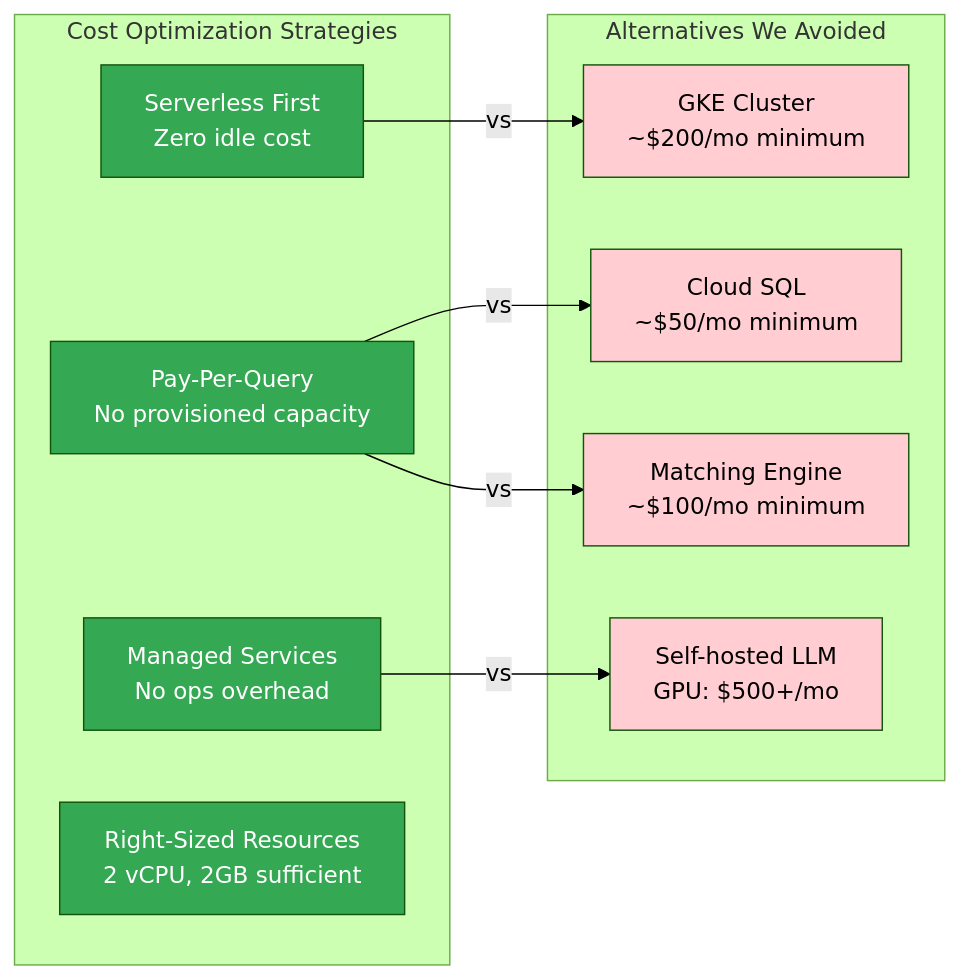
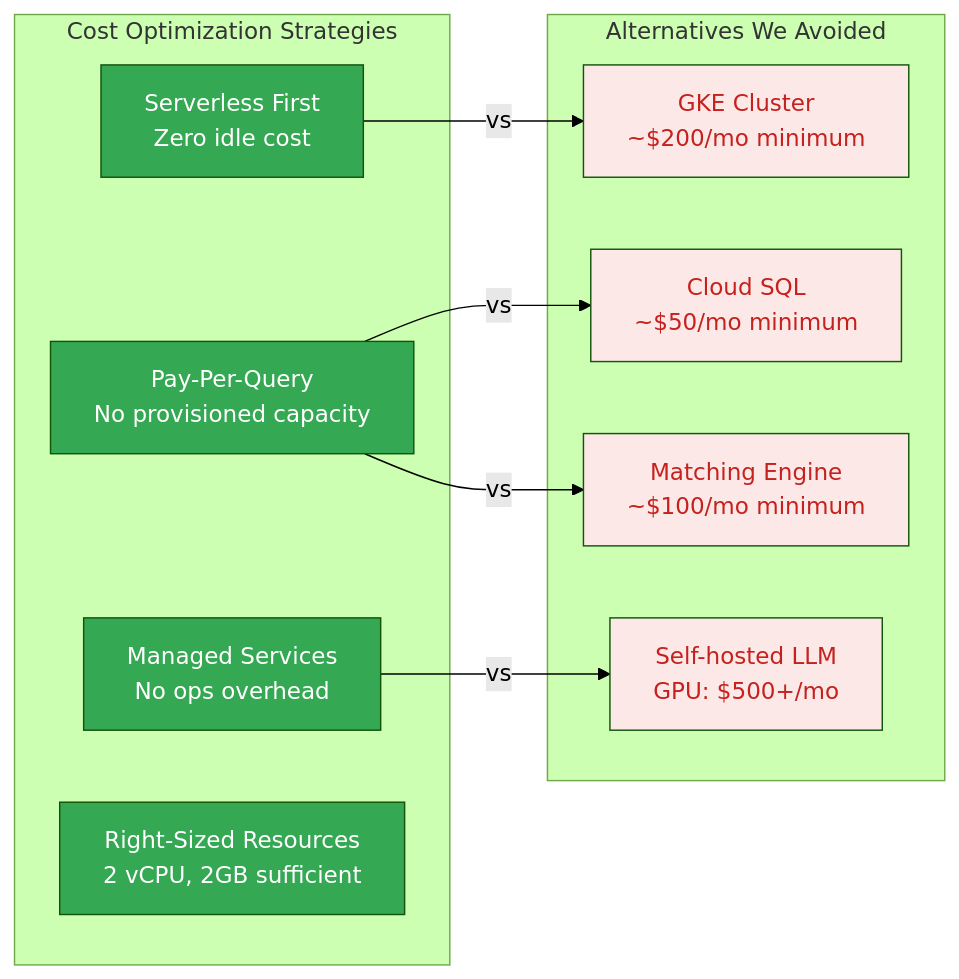
One commit to gadekar-pravin/InsightAgent changed diagram 19 of 23 in ARCHITECTURE.md. Above: the diagram before and after it, drawn with Mermaid (forest theme). The commit also changed other lines of this file, not shown here.

First line of the commit message:
Implement consistent color theme for all Mermaid diagrams

````diff
--- a/ARCHITECTURE.md
+++ b/ARCHITECTURE.md
@@ -754,30 +847,30 @@
 ```mermaid
 flowchart LR
     subgraph "Cost Optimization Strategies"
         S1[Serverless First<br/>Zero idle cost]
         S2[Pay-Per-Query<br/>No provisioned capacity]
         S3[Managed Services<br/>No ops overhead]
         S4[Right-Sized Resources<br/>2 vCPU, 2GB sufficient]
     end
 
     subgraph "Alternatives We Avoided"
         A1[GKE Cluster<br/>~$200/mo minimum]
         A2[Cloud SQL<br/>~$50/mo minimum]
         A3[Matching Engine<br/>~$100/mo minimum]
         A4[Self-hosted LLM<br/>GPU: $500+/mo]
     end
 
     S1 -->|vs| A1
     S2 -->|vs| A2
     S2 -->|vs| A3
     S3 -->|vs| A4
 
     style S1 fill:#34A853,color:#fff
     style S2 fill:#34A853,color:#fff
     style S3 fill:#34A853,color:#fff
     style S4 fill:#34A853,color:#fff
-    style A1 fill:#FFCDD2
-    style A2 fill:#FFCDD2
-    style A3 fill:#FFCDD2
-    style A4 fill:#FFCDD2
+    style A1 fill:#FCE8E6,color:#C5221F
+    style A2 fill:#FCE8E6,color:#C5221F
+    style A3 fill:#FCE8E6,color:#C5221F
+    style A4 fill:#FCE8E6,color:#C5221F
 ```
````
